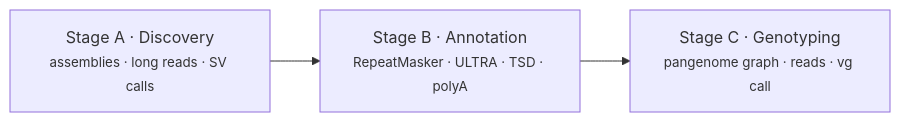
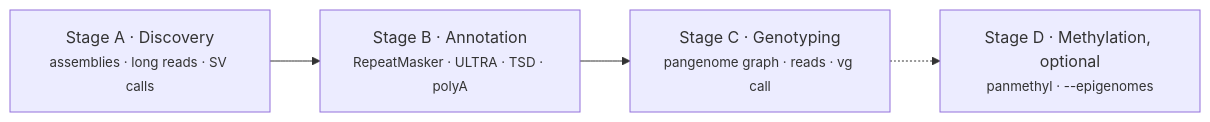
One commit to cgroza/GraffiTE changed the diagram in README.md. Above: the diagram before and after it, drawn with Mermaid. The commit also changed other lines of this file and 7 other files, not shown here.

````diff
--- a/README.md
+++ b/README.md
@@ -26,7 +26,8 @@
 ```mermaid
 flowchart LR
     A["Stage A · Discovery<br/><small>assemblies · long reads · SV calls</small>"]
     B["Stage B · Annotation<br/><small>RepeatMasker · ULTRA · TSD · polyA</small>"]
     C["Stage C · Genotyping<br/><small>pangenome graph · reads · vg call</small>"]
-    A --> B --> C
+    D["Stage D · Methylation, optional<br/><small>panmethyl · --epigenomes</small>"]
+    A --> B --> C -.-> D
 ```
````
